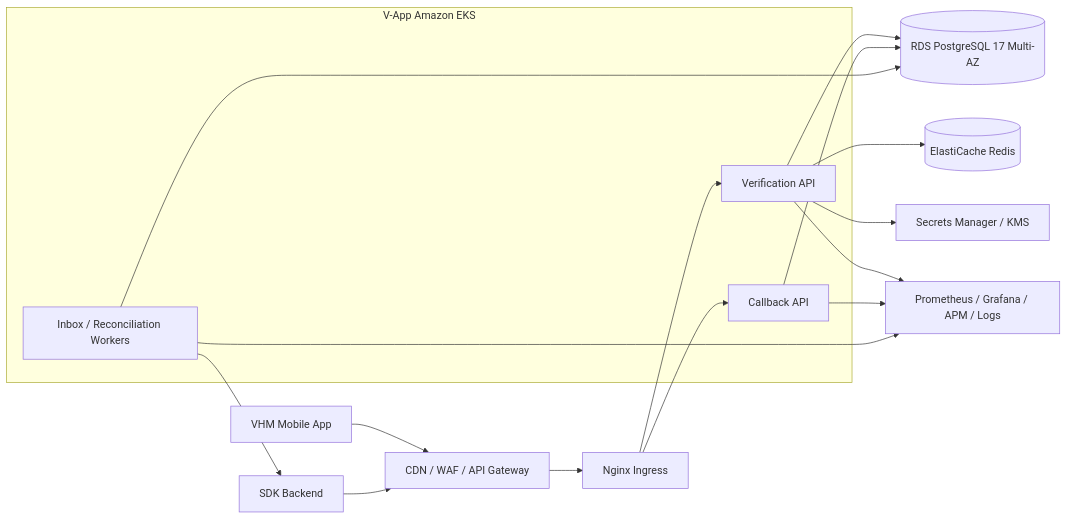
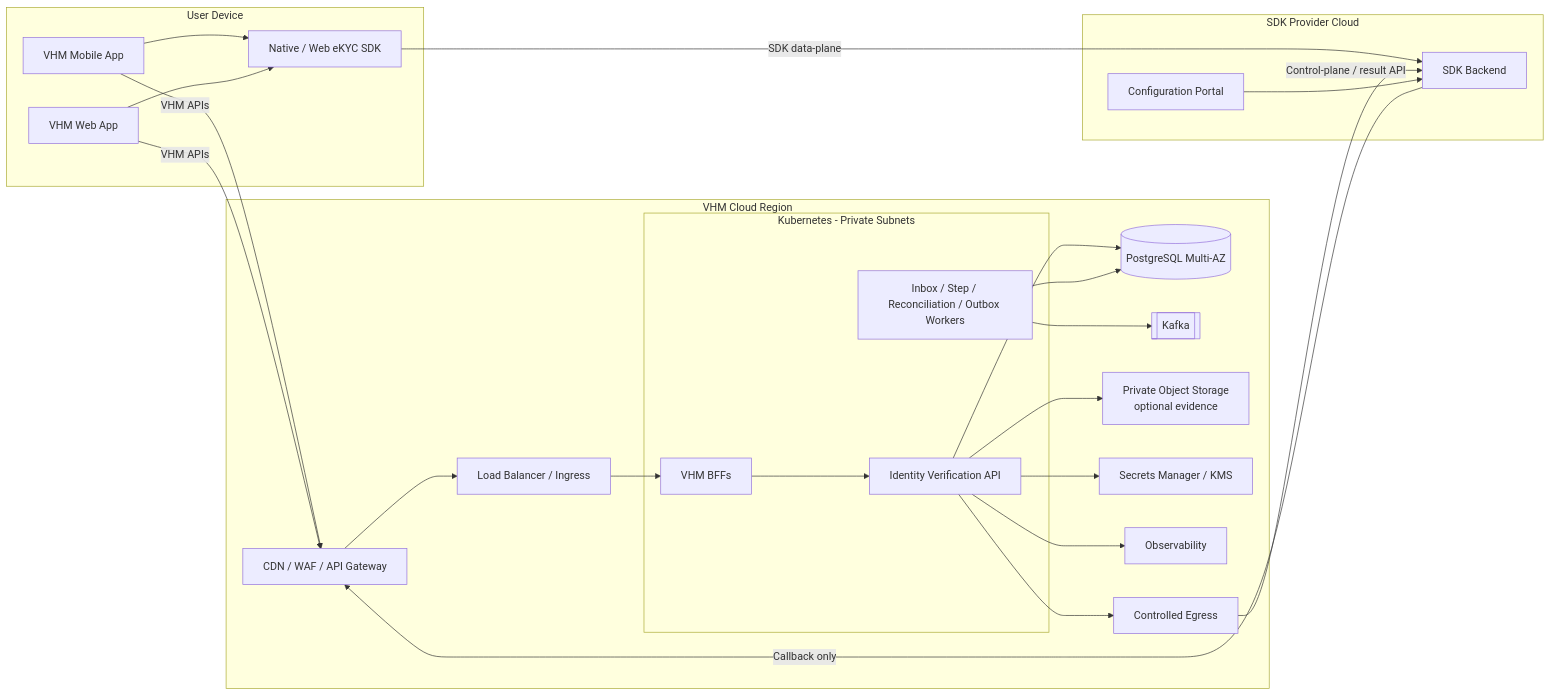
Before and after one commit to huynv-xyz/vhm: diagram 20 of 22 in tdd2.md, drawn with Mermaid. The commit also changed other lines of this file, not shown here.

````diff
--- a/tdd2.md
+++ b/tdd2.md
@@ -996,22 +1789,41 @@
 ```mermaid
 flowchart LR
-    MOBILE["VHM Mobile App"] --> WAF["CDN / WAF / API Gateway"]
-    WAF --> INGRESS["Nginx Ingress"]
-    subgraph EKS["V-App Amazon EKS"]
-        API["Verification API"]
-        CALLBACK["Callback API"]
-        WORKER["Inbox / Reconciliation Workers"]
+    subgraph DEVICE["User Device"]
+        MOBILE["VHM Mobile App"]
+        WEB["VHM Web App"]
+        SDK["Native / Web eKYC SDK"]
     end
-    INGRESS --> API
-    INGRESS --> CALLBACK
-    API --> RDS[("RDS PostgreSQL 17 Multi-AZ")]
-    CALLBACK --> RDS
-    WORKER --> RDS
-    API --> REDIS[("ElastiCache Redis")]
-    API --> SECRETS["Secrets Manager / KMS"]
-    WORKER --> SDK_BACKEND["SDK Backend"]
-    SDK_BACKEND --> WAF
-    API --> OBS["Prometheus / Grafana / APM / Logs"]
-    CALLBACK --> OBS
-    WORKER --> OBS
+    subgraph PROVIDERCLOUD["SDK Provider Cloud"]
+        PROVIDER["SDK Backend"]
+        PORTAL["Configuration Portal"]
+    end
+    subgraph VHM["VHM Cloud Region"]
+        WAF["CDN / WAF / API Gateway"] --> LB["Load Balancer / Ingress"]
+        subgraph K8S["Kubernetes - Private Subnets"]
+            BFF["VHM BFFs"] --> IV["Identity Verification API"]
+            WORKER["Inbox / Step / Reconciliation / Outbox Workers"]
+        end
+        RDS[(PostgreSQL Multi-AZ)]
+        KAFKA[[Kafka]]
+        S3["Private Object Storage<br/>optional evidence"]
+        SM["Secrets Manager / KMS"]
+        OBS[Observability]
+        NAT["Controlled Egress"]
+        LB --> BFF
+        IV --> RDS
+        WORKER --> RDS
+        WORKER --> KAFKA
+        IV --> S3
+        IV --> SM
+        IV --> OBS
+        IV --> NAT
+    end
+    MOBILE -->|VHM APIs| WAF
+    WEB -->|VHM APIs| WAF
+    MOBILE --> SDK
+    WEB --> SDK
+    SDK -->|SDK data-plane| PROVIDER
+    PROVIDER -->|Callback only| WAF
+    NAT -->|Control-plane / result API| PROVIDER
+    PORTAL --> PROVIDER
 ```
````
